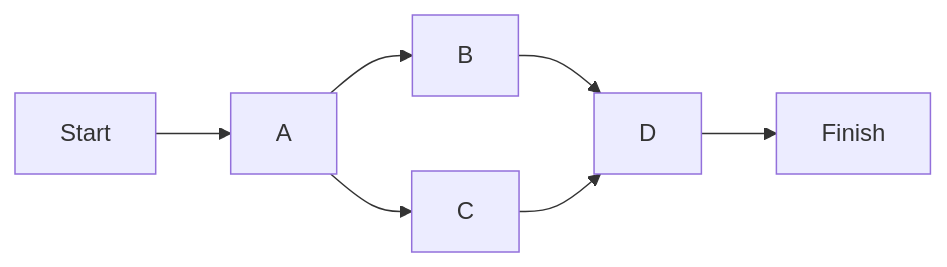
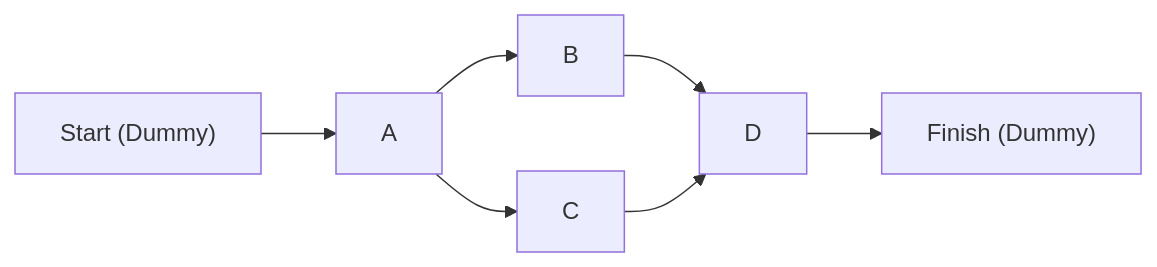
The fifth of 5 diagrams in notes/unit_03_activity_planning_and_scheduling.md (ronish-ghim/SoftwareProjectManagementResources), drawn with Mermaid before and after one commit. The commit also changed other lines of this file and 10 other files, not shown here.

````diff
--- a/notes/unit_03_activity_planning_and_scheduling.md
+++ b/notes/unit_03_activity_planning_and_scheduling.md
@@ -759,9 +785,9 @@
 ```mermaid
 flowchart LR
-    Start --> A
+    Start["Start (Dummy)"] --> A
     A --> B
     A --> C
     B --> D
     C --> D
-    D --> Finish
+    D --> Finish["Finish (Dummy)"]
 ```
````
